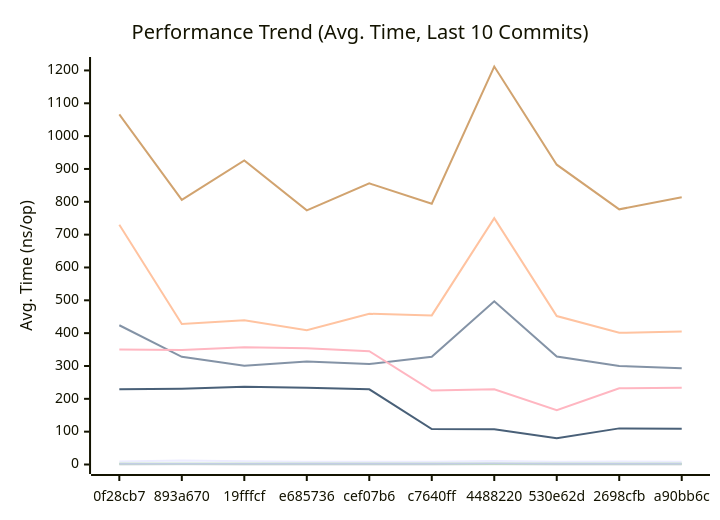
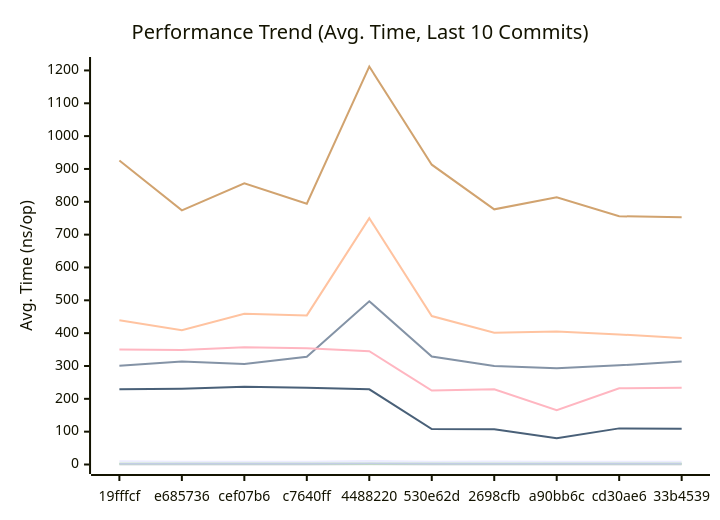
The first of 3 diagrams in docs/PERFORMANCE.md (alsotoes/momo), drawn with Mermaid before and after one commit. The commit also changed other lines of this file and 7 other files, not shown here.

````diff
--- a/docs/PERFORMANCE.md
+++ b/docs/PERFORMANCE.md
@@ -80,16 +80,16 @@
 ```mermaid
 xychart-beta
     title "Performance Trend (Avg. Time, Last 10 Commits)"
     x-axis "Commit"
     y-axis "Avg. Time (ns/op)"
-    x-axis [0f28cb7,893a670,19fffcf,e685736,cef07b6,c7640ff,4488220,530e62d,2698cfb,a90bb6c]
-    line "CheckMetricsAndSwap" [9,12,10,8,8,8,11,8,9,8]
-    line "CrushOptimized" [424,328,301,314,306,328,497,329,300,293]
-    line "CrushOriginal" [730,428,439,409,459,454,750,452,401,405]
-    line "IndexDirectTracking" [0,1,0,0,0,0,1,0,0,0]
+    x-axis [19fffcf,e685736,cef07b6,c7640ff,4488220,530e62d,2698cfb,a90bb6c,cd30ae6,33b4539]
+    line "CheckMetricsAndSwap" [10,8,8,8,11,8,9,8,8,8]
+    line "CrushOptimized" [301,314,306,328,497,329,300,293,302,314]
+    line "CrushOriginal" [439,409,459,454,750,452,401,405,396,385]
+    line "IndexDirectTracking" [0,0,0,0,1,0,0,0,0,0]
     line "IndexSearch" [2,2,2,2,2,2,2,2,2,2]
-    line "LoadGlobalConfig" [1066,806,926,774,856,794,1212,913,777,814]
-    line "PadString" [2,2,2,2,2,2,3,2,2,2]
+    line "LoadGlobalConfig" [926,774,856,794,1212,913,777,814,756,753]
+    line "PadString" [2,2,2,2,3,2,2,2,2,2]
     line "ParseReplicationOrder_NoPrealloc" [350,349,357,354,345,225,229,165,232,234]
     line "ParseReplicationOrder_Prealloc" [229,231,237,234,229,108,107,80,110,109]
 ```
````
